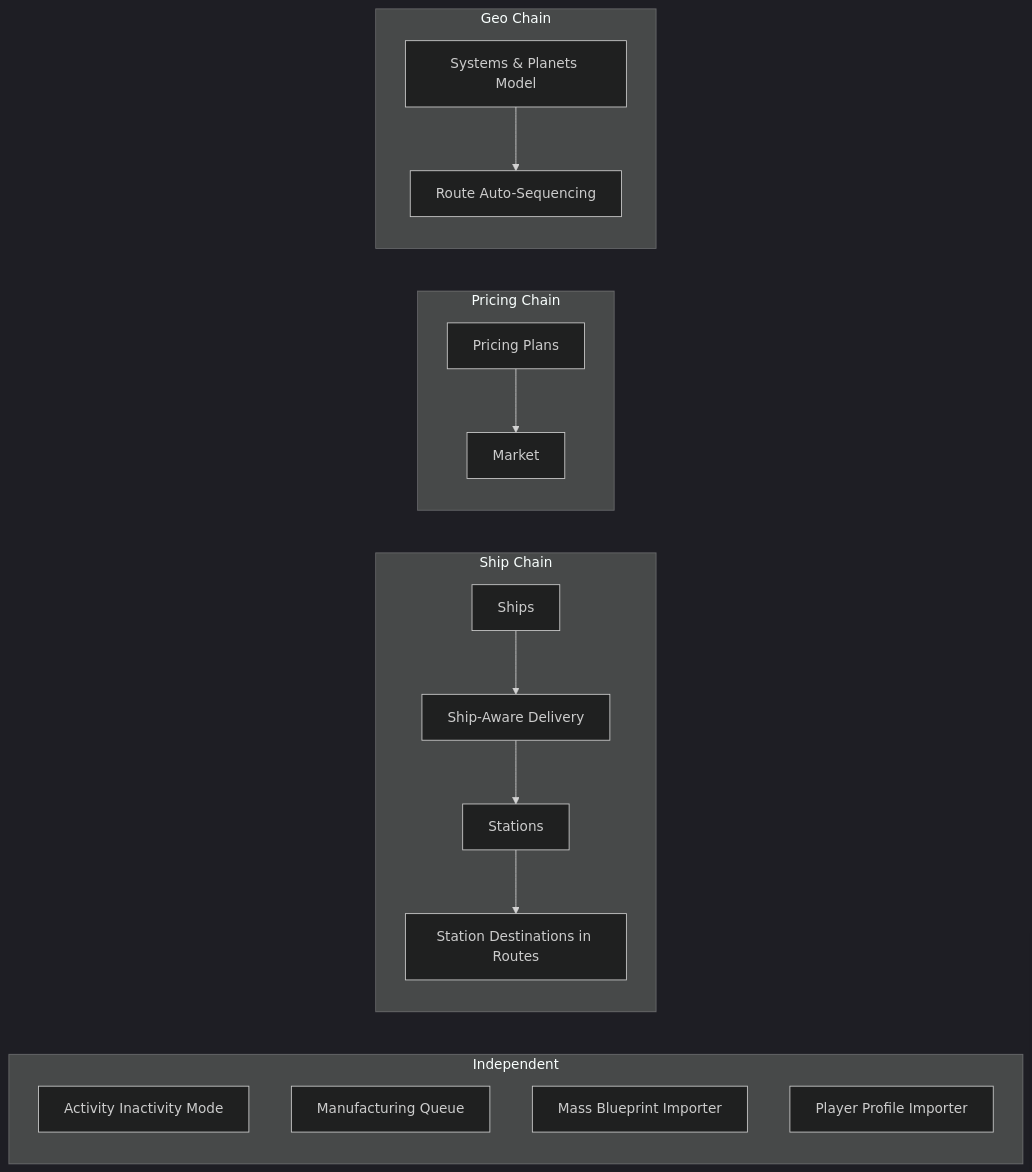
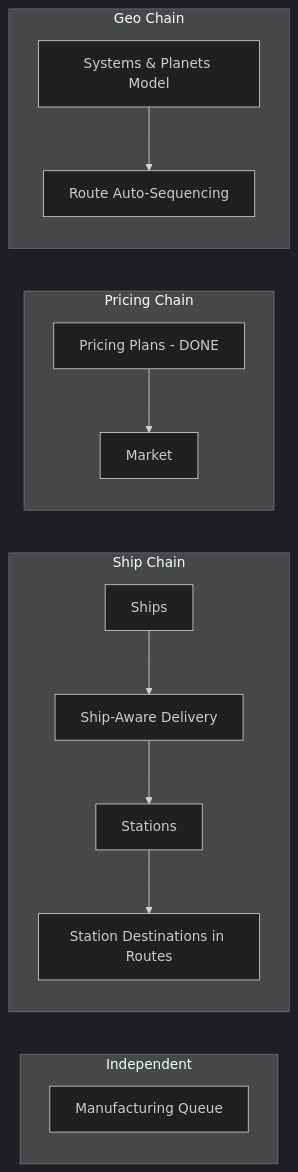
The diagram in spec/GOALS.md (scalorn/OuterEmpires2EmpireTracker), drawn with Mermaid (dark theme) before and after one commit. The commit also changed other lines of this file and 2 other files, not shown here.

````diff
--- a/spec/GOALS.md
+++ b/spec/GOALS.md
@@ -5,23 +5,20 @@
 ```mermaid
 graph LR
     subgraph Independent
-        AIM[Activity Inactivity Mode]
         MQ[Manufacturing Queue]
-        MBI[Mass Blueprint Importer]
-        PPI[Player Profile Importer]
     end
 
     subgraph Ship Chain
         SH[Ships] --> SADE[Ship-Aware Delivery]
         SADE --> ST[Stations]
         ST --> STD[Station Destinations in Routes]
     end
 
     subgraph Pricing Chain
-        PP[Pricing Plans] --> MKT[Market]
+        PP[Pricing Plans - DONE] --> MKT[Market]
     end
 
     subgraph Geo Chain
         SPM[Systems & Planets Model] --> RAS[Route Auto-Sequencing]
     end
 ```
````
